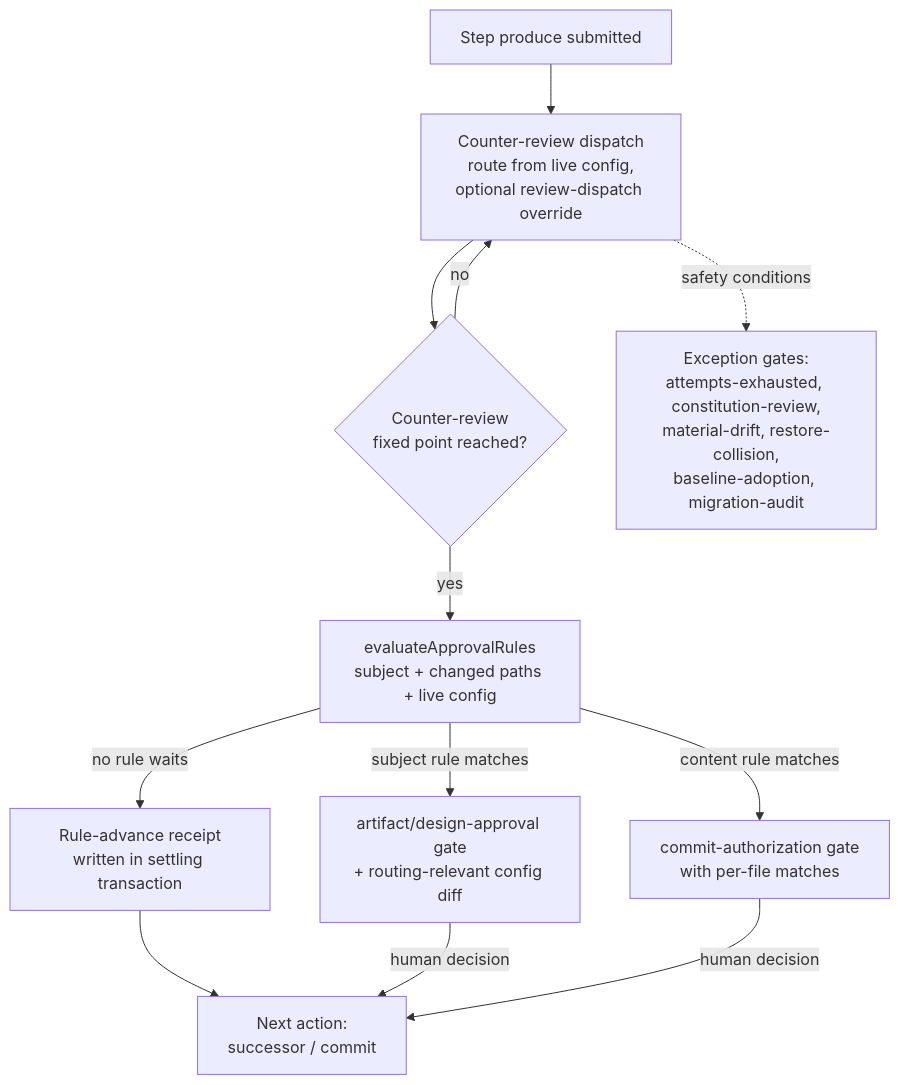
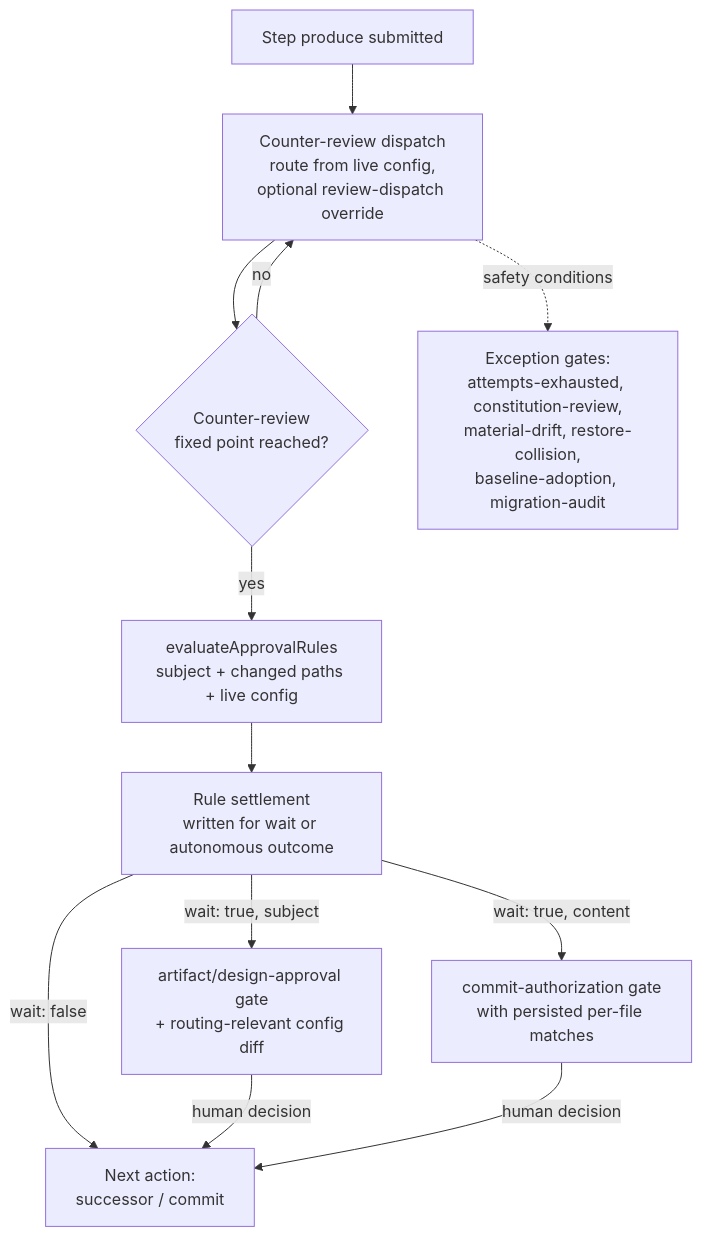
Before and after one commit to Aroton/ArchflowV2: the diagram in .archflow/tasks/review-flexibility/design.md, drawn with Mermaid. The commit also changed other lines of this file and 23 other files, not shown here.

````diff
--- a/.archflow/tasks/review-flexibility/design.md
+++ b/.archflow/tasks/review-flexibility/design.md
@@ -152,14 +152,14 @@
 ```mermaid
 flowchart TD
     A[Step produce submitted] --> B[Counter-review dispatch<br/>route from live config,<br/>optional review-dispatch override]
     B --> C{Counter-review<br/>fixed point reached?}
     C -- no --> B
     C -- yes --> D[evaluateApprovalRules<br/>subject + changed paths + live config]
-    D -- "no rule waits" --> E[Rule-advance receipt<br/>written in settling transaction]
-    D -- "subject rule matches" --> F[artifact/design-approval gate<br/>+ routing-relevant config diff]
-    D -- "content rule matches" --> G[commit-authorization gate<br/>with per-file matches]
-    E --> H[Next action:<br/>successor / commit]
+    D --> E[Rule settlement<br/>written for wait or autonomous outcome]
+    E -- "wait: false" --> H[Next action:<br/>successor / commit]
+    E -- "wait: true, subject" --> F[artifact/design-approval gate<br/>+ routing-relevant config diff]
+    E -- "wait: true, content" --> G[commit-authorization gate<br/>with persisted per-file matches]
     F -->|human decision| H
     G -->|human decision| H
     B -. safety conditions .-> I[Exception gates:<br/>attempts-exhausted, constitution-review,<br/>material-drift, restore-collision,<br/>baseline-adoption, migration-audit]
 ```
````
